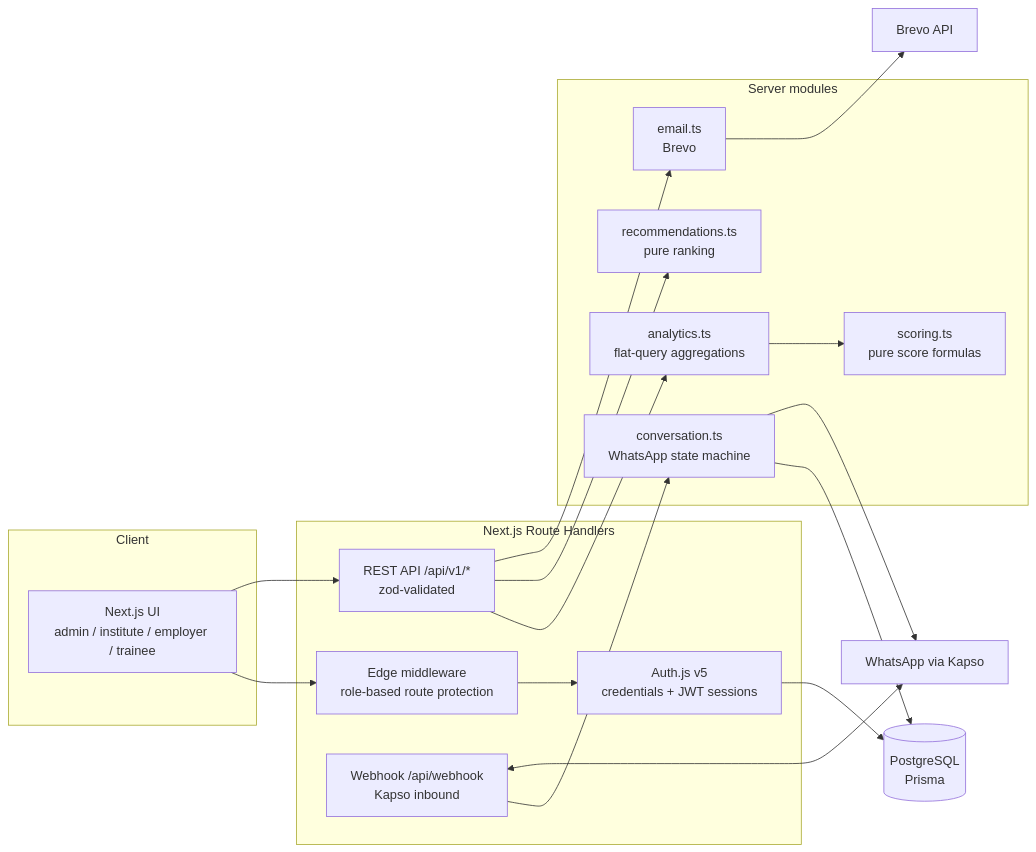
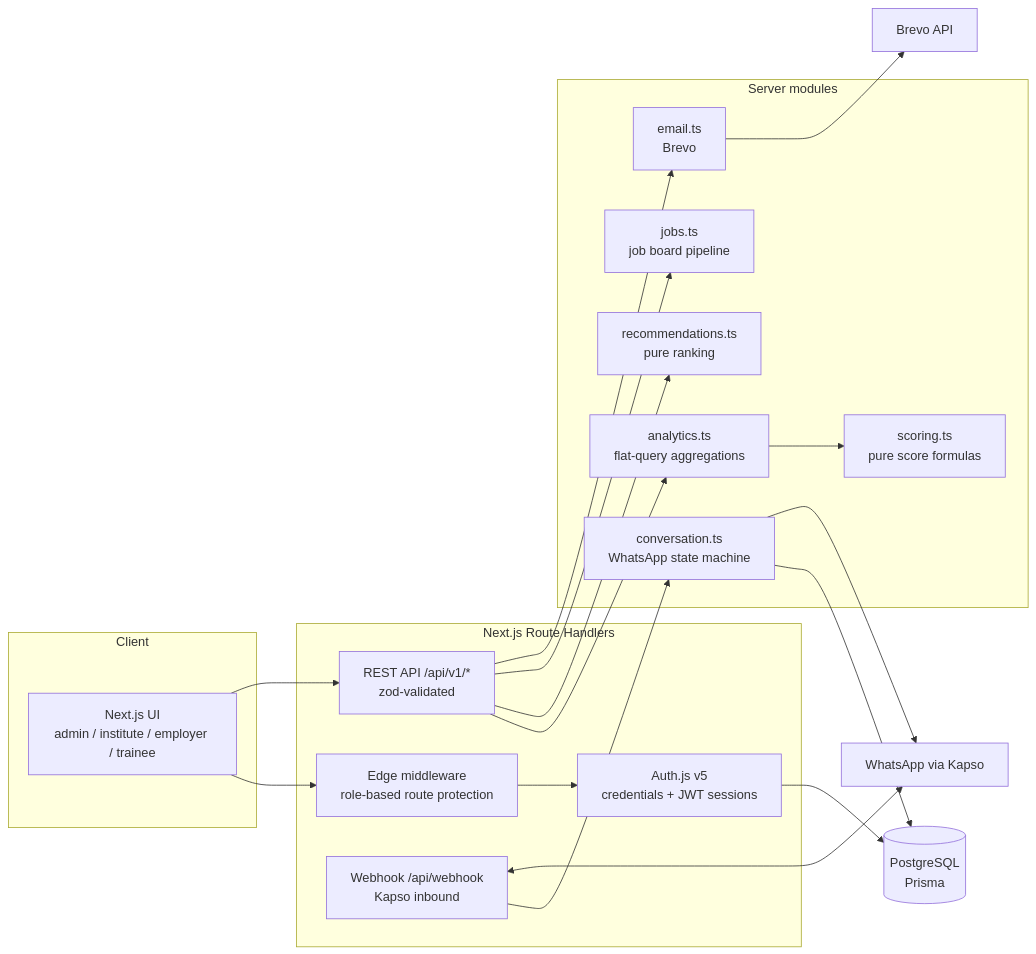
One commit to harshtohai/skilltrack-beta changed the first of 2 diagrams in README.md. Above: the diagram before and after it, drawn with Mermaid. The commit also changed other lines of this file, not shown here.

Commit message:
README: rebrand + Job Board, Conflict Resolution, policy pages, updated test count & limitations

````diff
--- a/README.md
+++ b/README.md
@@ -70,35 +70,37 @@
 ```mermaid
 flowchart LR
     subgraph Client
         UI[Next.js UI<br/>admin / institute / employer / trainee]
     end
 
     subgraph Server[Next.js Route Handlers]
         AUTH[Auth.js v5<br/>credentials + JWT sessions]
         API[REST API /api/v1/*<br/>zod-validated]
         MW[Edge middleware<br/>role-based route protection]
         WH[Webhook /api/webhook<br/>Kapso inbound]
     end
 
     subgraph Domain[Server modules]
         SCORE[scoring.ts<br/>pure score formulas]
         REC[recommendations.ts<br/>pure ranking]
         AGG[analytics.ts<br/>flat-query aggregations]
         BOT[conversation.ts<br/>WhatsApp state machine]
         MAIL[email.ts<br/>Brevo]
+        JOBS[jobs.ts<br/>job board pipeline]
     end
 
     DB[(PostgreSQL<br/>Prisma)]
     WA[WhatsApp via Kapso]
     MAILSRV[Brevo API]
 
     UI --> MW --> AUTH
     UI --> API
     AUTH --> DB
     API --> AGG --> SCORE
     API --> REC
+    API --> JOBS
     API --> MAIL --> MAILSRV
     WA <--> WH
     WH --> BOT --> DB
     BOT --> WA
 ```
````
